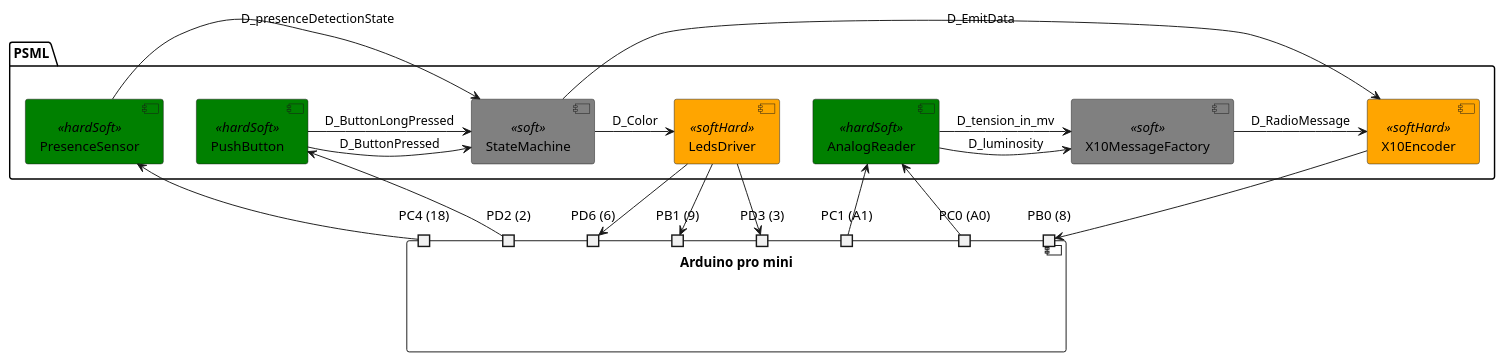
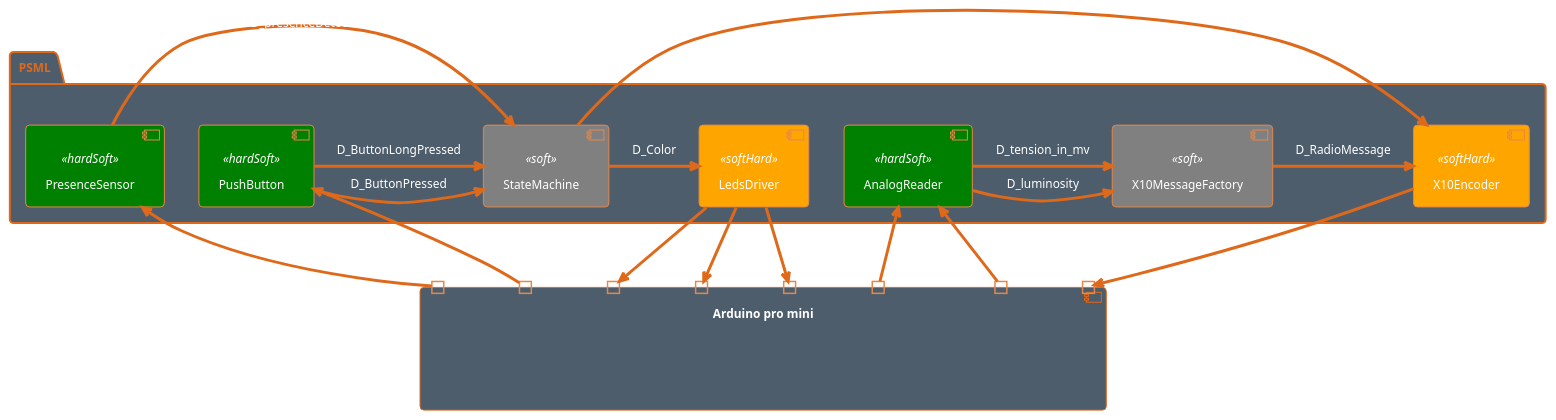
Before and after one commit to arcadien/simpleRgbLamp: the diagram in architecture.iuml, drawn with PlantUML. The commit also changed 1 other file, not shown here.

Commit message:
req: remove separate architecture diagram

```diff
--- a/architecture.iuml
+++ b/architecture.iuml
@@ -1,51 +1,52 @@
 @startuml
+!theme superhero
 skinparam component {
     backgroundColor<<hardSoft>> Green
     backgroundColor<<soft>> Gray
     backgroundColor<<softHard>> Orange
 }
 
 component "Arduino pro mini" {
   port "PC0 (A0)"
   port "PC1 (A1)"
   port "PC4 (18)"
   port "PB0 (8)"
   port "PB1 (9)"
   port "PD2 (2)"
   port "PD3 (3)"
   port "PD6 (6)"
 }
 
 
 
 package "PSML" {
 
  [AnalogReader] <<hardSoft>>
  [PushButton] <<hardSoft>>
  [LedsDriver] <<softHard>>
  [X10Encoder] <<softHard>>
  [PresenceSensor] <<hardSoft>>
 
  "PC0 (A0)" -down-> [AnalogReader]
  "PC1 (A1)" -down-> [AnalogReader]
  "PD2 (2)"  -down-> [PushButton]
  "PC4 (18)" -down-> [PresenceSensor]
 
 [X10MessageFactory] <<soft>>
 [StateMachine] <<soft>>
 
  AnalogReader -> X10MessageFactory : D_tension_in_mv
  AnalogReader -> X10MessageFactory : D_luminosity
  PushButton -> StateMachine : D_ButtonPressed
  PushButton -> StateMachine : D_ButtonLongPressed
  StateMachine -> LedsDriver : D_Color
  StateMachine -> X10Encoder : D_EmitData
  PresenceSensor -> StateMachine : D_presenceDetectionState
 
  [X10MessageFactory] -> [X10Encoder] : D_RadioMessage
  [LedsDriver] -down-> "PB1 (9)"
  [LedsDriver] -down-> "PD6 (6)"
  [LedsDriver] -down-> "PD3 (3)"
  [X10Encoder] -down-> "PB0 (8)"
 }
 @enduml
```
